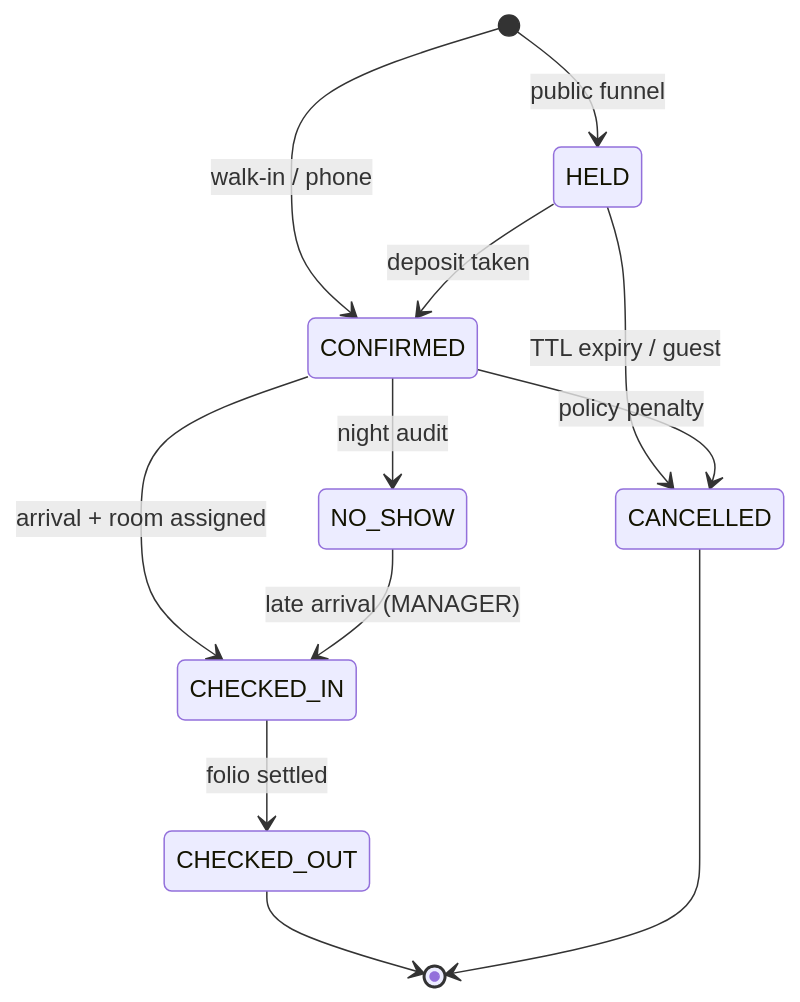
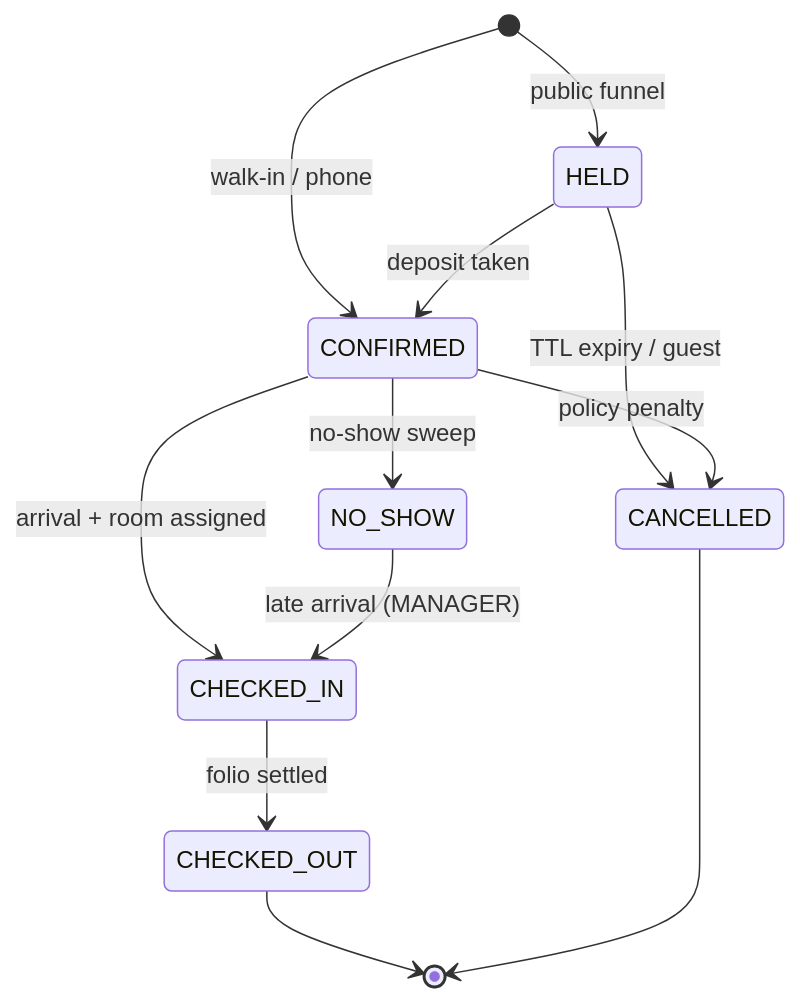
Before and after one commit to 2351010154/resort-management: the diagram in docs/architecture/booking-state-machine.md, drawn with Mermaid. The commit also changed other lines of this file and 3 other files, not shown here.

First line of the commit message:
docs(architecture): record the sweeps, the held payment window and outbound mail

````diff
--- a/docs/architecture/booking-state-machine.md
+++ b/docs/architecture/booking-state-machine.md
@@ -362,14 +396,14 @@
 ```mermaid
 stateDiagram-v2
     [*] --> HELD: public funnel
     [*] --> CONFIRMED: walk-in / phone
     HELD --> CONFIRMED: deposit taken
     HELD --> CANCELLED: TTL expiry / guest
     CONFIRMED --> CHECKED_IN: arrival + room assigned
     CONFIRMED --> CANCELLED: policy penalty
-    CONFIRMED --> NO_SHOW: night audit
+    CONFIRMED --> NO_SHOW: no-show sweep
     CHECKED_IN --> CHECKED_OUT: folio settled
     NO_SHOW --> CHECKED_IN: late arrival (MANAGER)
     CHECKED_OUT --> [*]
     CANCELLED --> [*]
 ```
````
